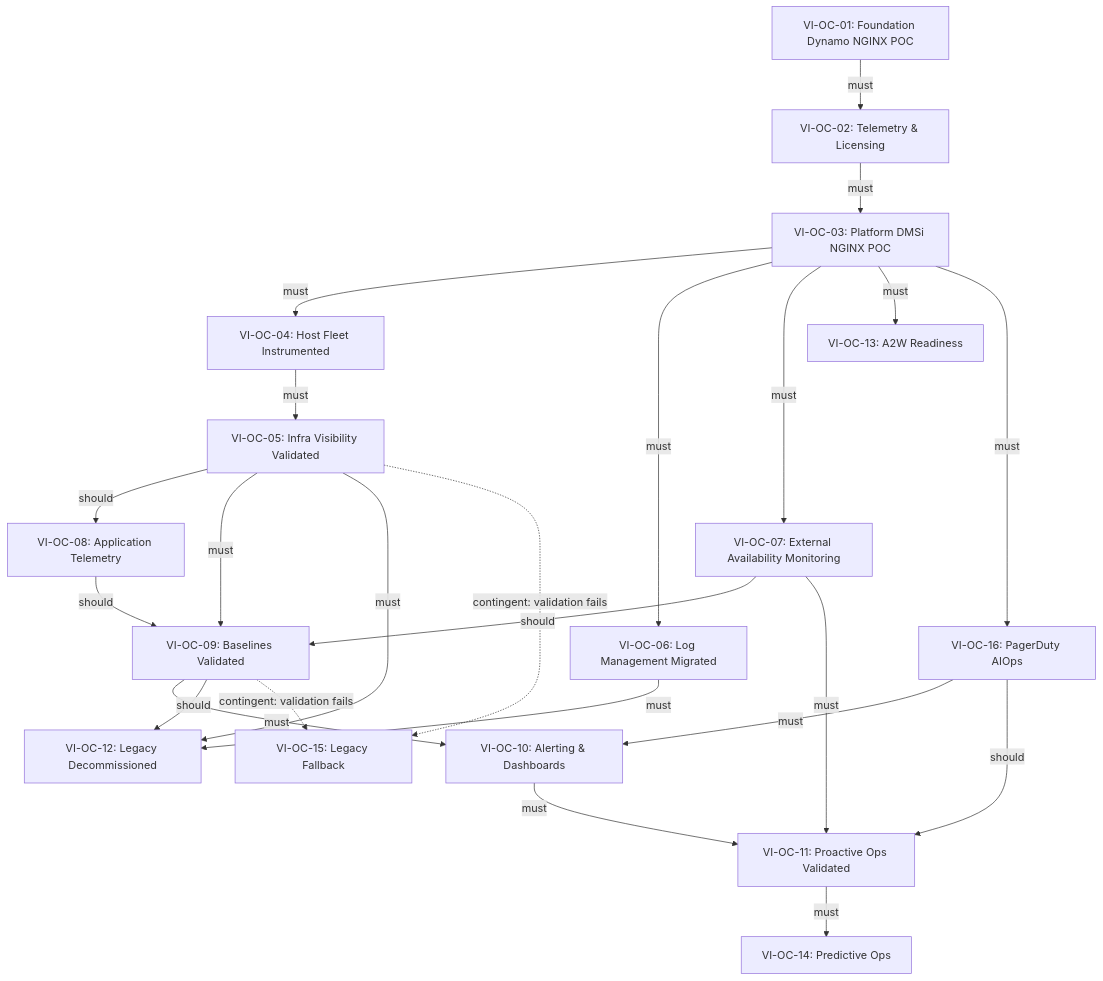
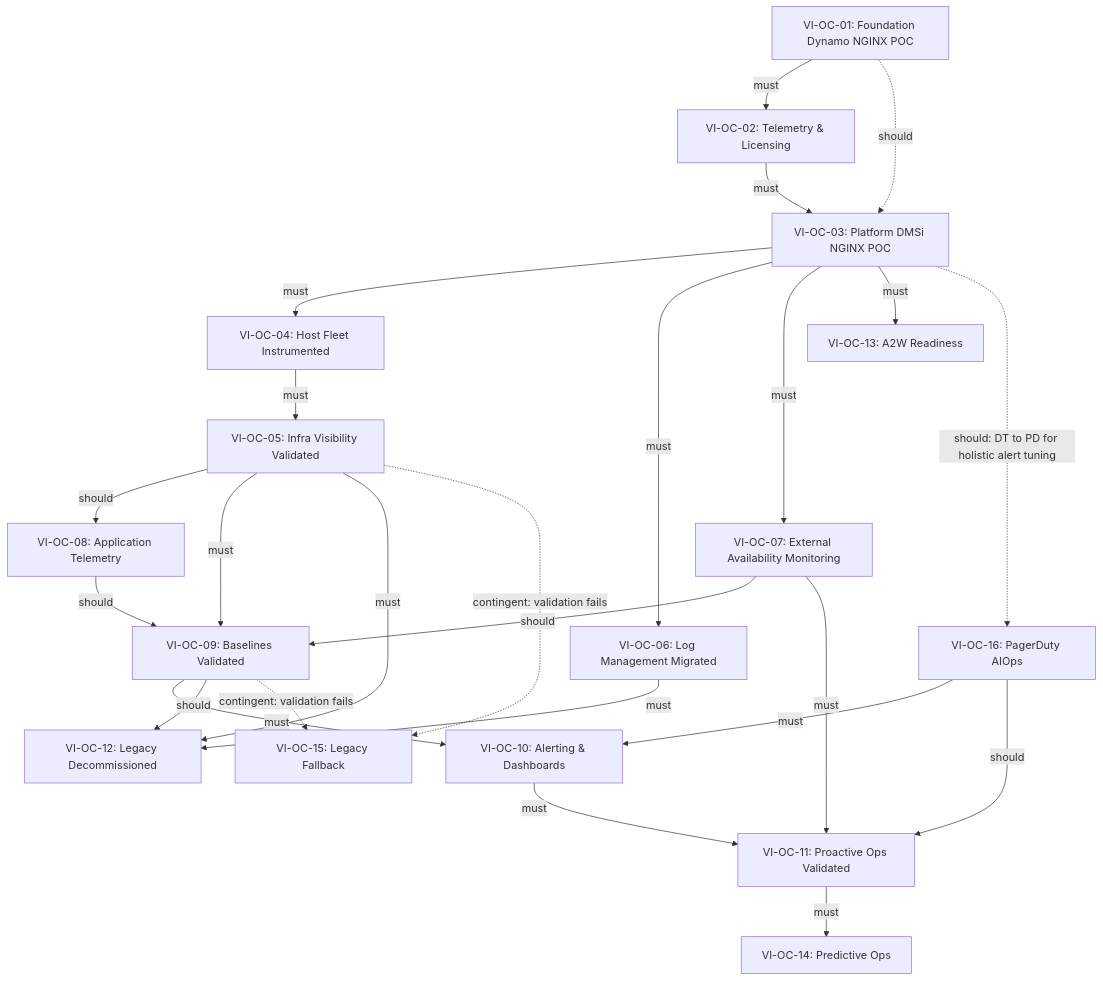
The diagram in WSA/VI/VI-WBS.md (ndkramer/DMSi-Ops-Readiness-II-Plan), drawn with Mermaid before and after one commit. The commit also changed other lines of this file and 2 other files, not shown here.

````diff
--- a/WSA/VI/VI-WBS.md
+++ b/WSA/VI/VI-WBS.md
@@ -74,26 +74,28 @@
 ```mermaid
 graph TD
     VI-OC-01[VI-OC-01: Foundation Dynamo NGINX POC] -->|must| VI-OC-02[VI-OC-02: Telemetry & Licensing]
     VI-OC-02 -->|must| VI-OC-03[VI-OC-03: Platform DMSi NGINX POC]
     VI-OC-03 -->|must| VI-OC-04[VI-OC-04: Host Fleet Instrumented]
     VI-OC-03 -->|must| VI-OC-06[VI-OC-06: Log Management Migrated]
     VI-OC-03 -->|must| VI-OC-07[VI-OC-07: External Availability Monitoring]
     VI-OC-03 -->|must| VI-OC-13[VI-OC-13: A2W Readiness]
     VI-OC-04 -->|must| VI-OC-05[VI-OC-05: Infra Visibility Validated]
     VI-OC-05 -->|should| VI-OC-08[VI-OC-08: Application Telemetry]
     VI-OC-05 -->|must| VI-OC-09[VI-OC-09: Baselines Validated]
     VI-OC-07 -->|should| VI-OC-09
     VI-OC-08 -->|should| VI-OC-09
     VI-OC-09 -->|must| VI-OC-10[VI-OC-10: Alerting & Dashboards]
     VI-OC-10 -->|must| VI-OC-11[VI-OC-11: Proactive Ops Validated]
     VI-OC-07 -->|must| VI-OC-11
     VI-OC-05 -->|must| VI-OC-12[VI-OC-12: Legacy Decommissioned]
     VI-OC-06 -->|must| VI-OC-12
     VI-OC-09 -->|should| VI-OC-12
     VI-OC-11 -->|must| VI-OC-14[VI-OC-14: Predictive Ops]
     VI-OC-05 -.->|contingent: validation fails| VI-OC-15[VI-OC-15: Legacy Fallback]
     VI-OC-09 -.->|contingent: validation fails| VI-OC-15
-    VI-OC-03 -->|must| VI-OC-16[VI-OC-16: PagerDuty AIOps]
+    VI-OC-01 -.->|should| VI-OC-03
+    VI-OC-16[VI-OC-16: PagerDuty AIOps]
     VI-OC-16 -->|must| VI-OC-10
     VI-OC-16 -->|should| VI-OC-11
+    VI-OC-03 -.->|should: DT to PD for holistic alert tuning| VI-OC-16
 ```
````
